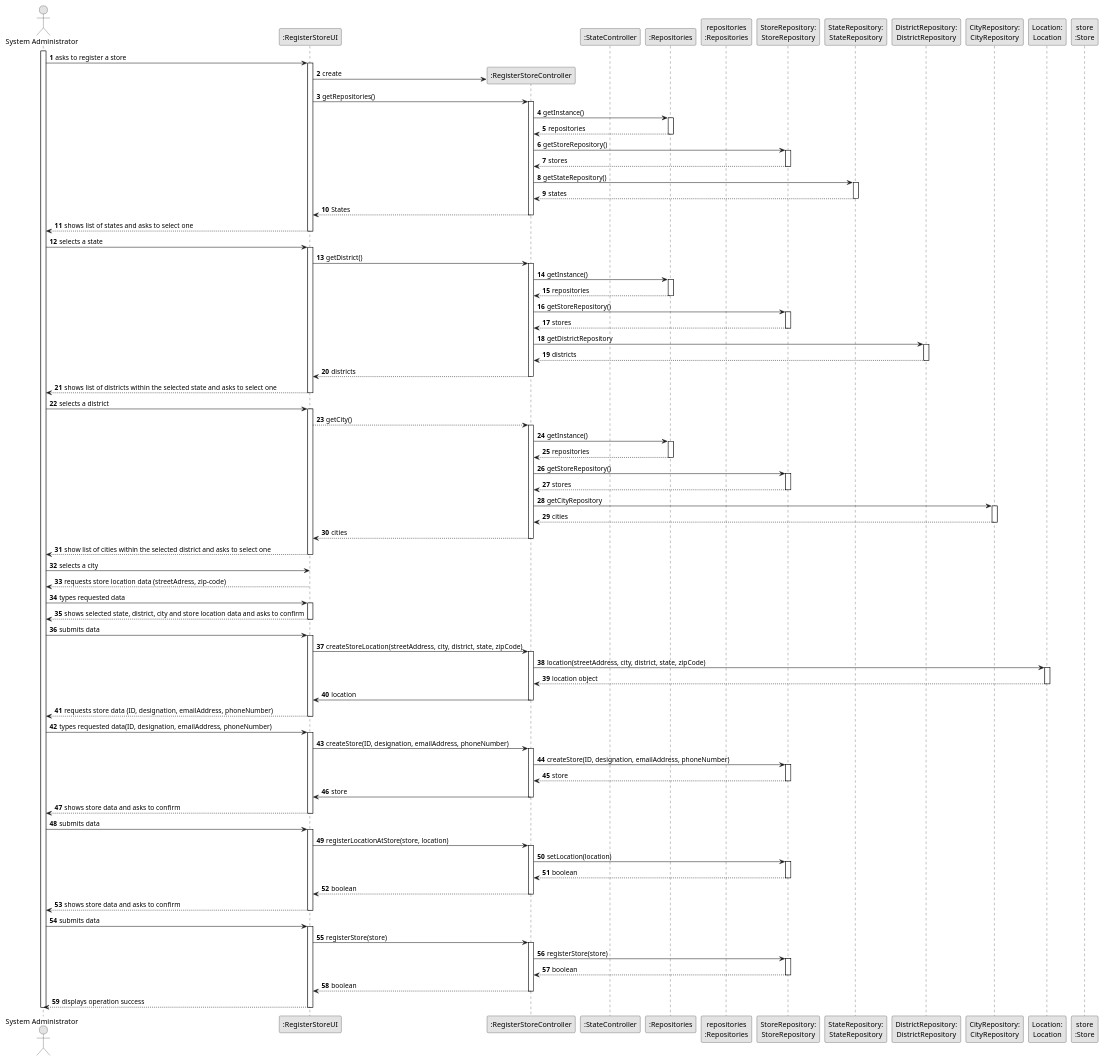
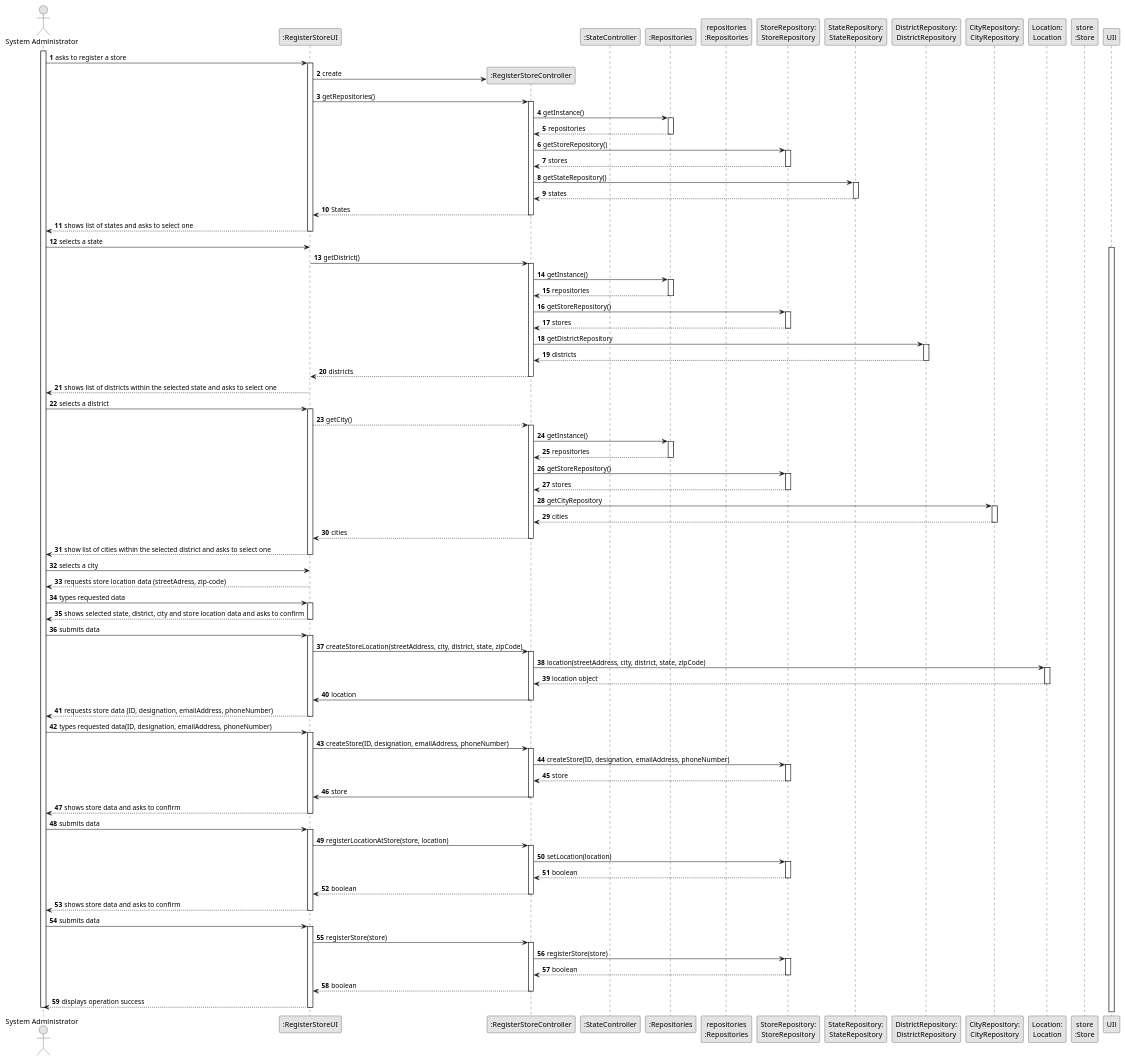
The diagram in docs/sprintB/us005/03.design/puml/us005-sequence-diagram-full.puml (1220812/LAPR2), drawn with PlantUML before and after one commit. The commit also changed 8 other files, not shown here.

Commit message:
Created repository for us012 and added the Read me's, sequence diagram, class diagram, domain model and system sequence diagram

```diff
--- a/docs/sprintB/us005/03.design/puml/us005-sequence-diagram-full.puml
+++ b/docs/sprintB/us005/03.design/puml/us005-sequence-diagram-full.puml
@@ -62,7 +62,7 @@
             deactivate UI
 
             ADM -> UI : selects a state
-            activate UI
+            activate UIl
 
             UI -> STRCTRL : getDistrict()
             activate STRCTRL
```
